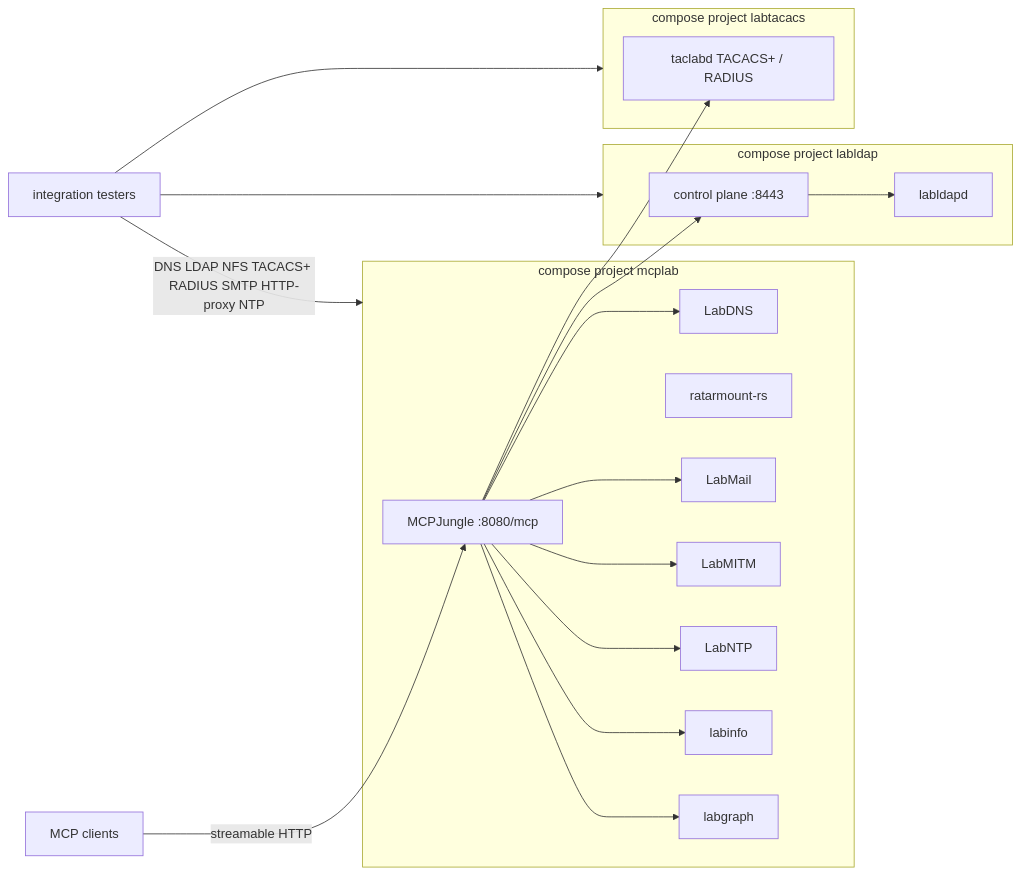
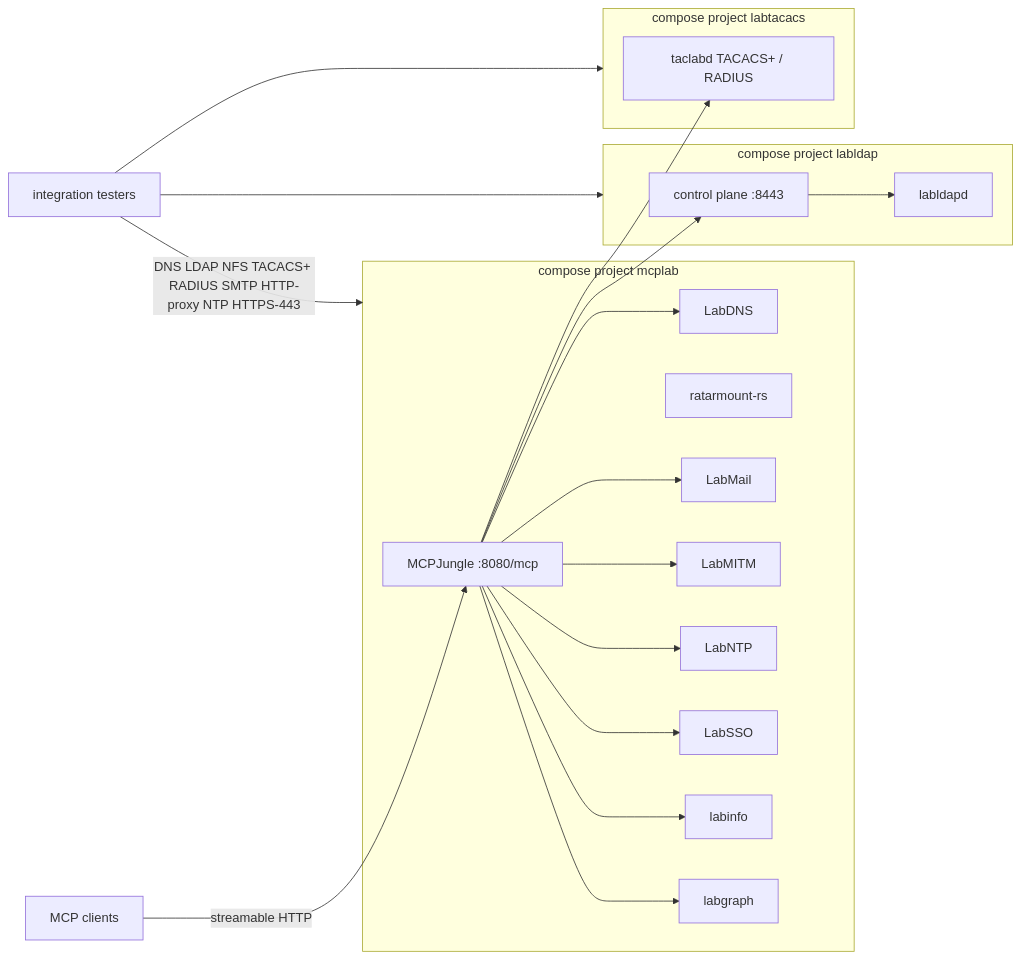
The diagram in README.md (hilather/mcp-integration-lab), drawn with Mermaid before and after one commit. The commit also changed other lines of this file and 59 other files, not shown here.

First line of the commit message:
feat: pin LabSSO v1.0.0-rc.1 in the integrator

````diff
--- a/README.md
+++ b/README.md
@@ -86,33 +87,35 @@
 ```mermaid
 flowchart LR
   Agents[MCP clients] -->|streamable HTTP| Jungle["MCPJungle :8080/mcp"]
   subgraph mcplab [compose project mcplab]
     Jungle
     DNS[LabDNS]
     NFS[ratarmount-rs]
     Mail[LabMail]
     MITM[LabMITM]
     NTP[LabNTP]
+    SSO[LabSSO]
     Info[labinfo]
     Graph[labgraph]
   end
   subgraph labldap [compose project labldap]
     Control[control plane :8443]
     Dir[labldapd]
   end
   subgraph labtacacs [compose project labtacacs]
     Taclab[taclabd TACACS+ / RADIUS]
   end
   Jungle --> DNS
   Jungle --> Info
   Jungle --> Control
   Jungle --> Taclab
   Jungle --> Mail
   Jungle --> MITM
   Jungle --> NTP
+  Jungle --> SSO
   Jungle --> Graph
   Control --> Dir
-  Testers[integration testers] -->|DNS LDAP NFS TACACS+ RADIUS SMTP HTTP-proxy NTP| mcplab
+  Testers[integration testers] -->|DNS LDAP NFS TACACS+ RADIUS SMTP HTTP-proxy NTP HTTPS-443| mcplab
   Testers --> labldap
   Testers --> labtacacs
 ```
````
